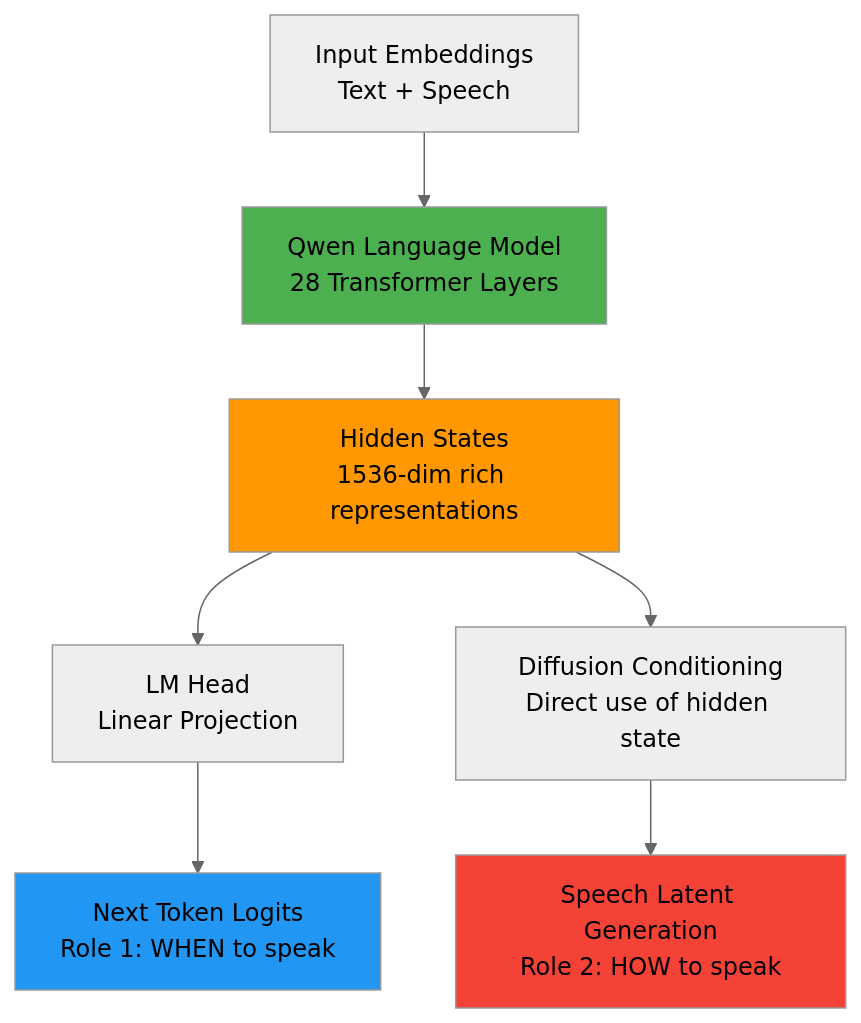
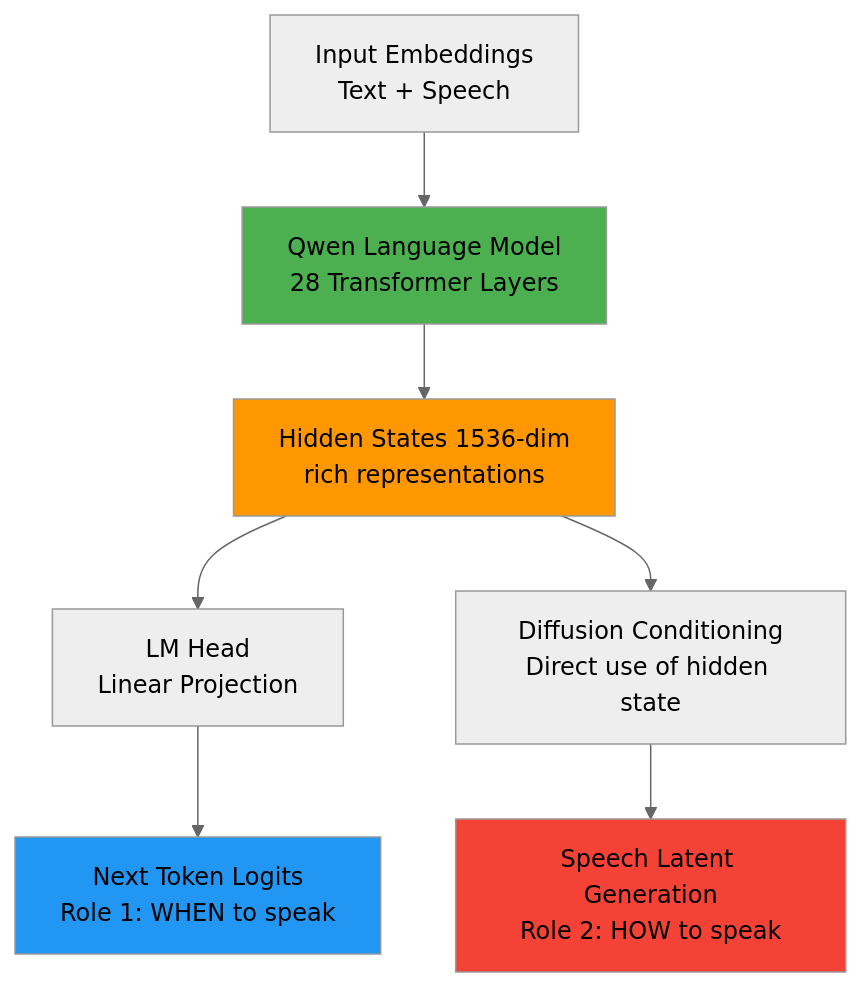
One commit to zhao-kun/vibevoice changed the third of 19 diagrams in docs/vibevoice_inference_architecture.md. Above: the diagram before and after it, drawn with Mermaid (neutral theme). The commit also changed other lines of this file, not shown here.

````diff
--- a/docs/vibevoice_inference_architecture.md
+++ b/docs/vibevoice_inference_architecture.md
@@ -178,17 +178,17 @@
 ```mermaid
 graph TB
     A[Input Embeddings<br/>Text + Speech] --> B[Qwen Language Model<br/>28 Transformer Layers]
 
-    B --> C[Hidden States<br/>1536-dim rich representations]
+    B --> C[Hidden States 1536-dim<br/>rich representations]
 
     C --> D[LM Head<br/>Linear Projection]
     D --> E[Next Token Logits<br/>Role 1: WHEN to speak]
 
     C --> F[Diffusion Conditioning<br/>Direct use of hidden state]
     F --> G[Speech Latent Generation<br/>Role 2: HOW to speak]
 
     style B fill:#4caf50
     style C fill:#ff9800
     style E fill:#2196f3
     style G fill:#f44336
 ```
````
